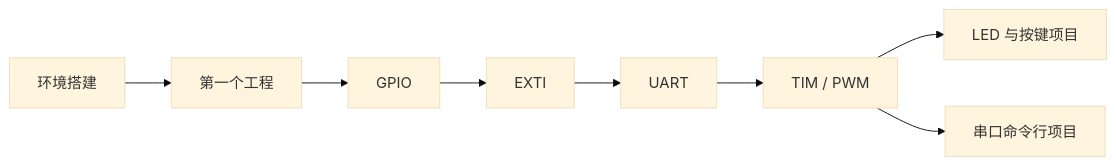
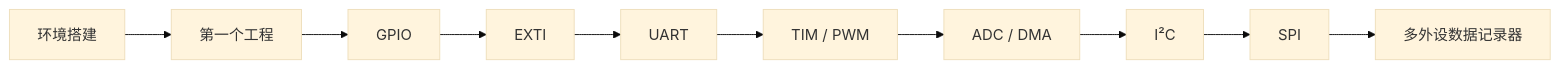
Before and after one commit to r-xt/stm32-learning-site: the diagram in docs/index.md, drawn with Mermaid (base theme). The commit also changed other lines of this file and 29 other files, not shown here.

````diff
--- a/docs/index.md
+++ b/docs/index.md
@@ -46,10 +72,12 @@
 ```mermaid
 flowchart LR
   A[环境搭建] --> B[第一个工程]
   B --> C[GPIO]
   C --> D[EXTI]
   D --> E[UART]
   E --> F[TIM / PWM]
-  F --> G[LED 与按键项目]
-  F --> H[串口命令行项目]
+  F --> G[ADC / DMA]
+  G --> H[I²C]
+  H --> I[SPI]
+  I --> J[多外设数据记录器]
 ```
````
